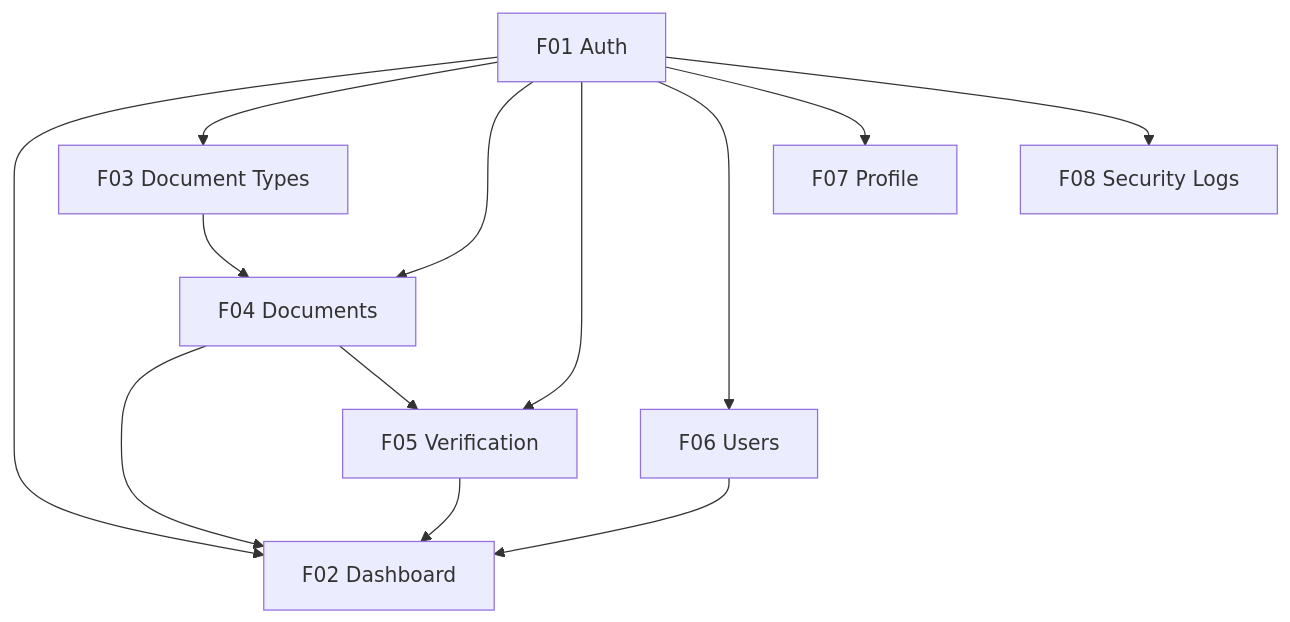
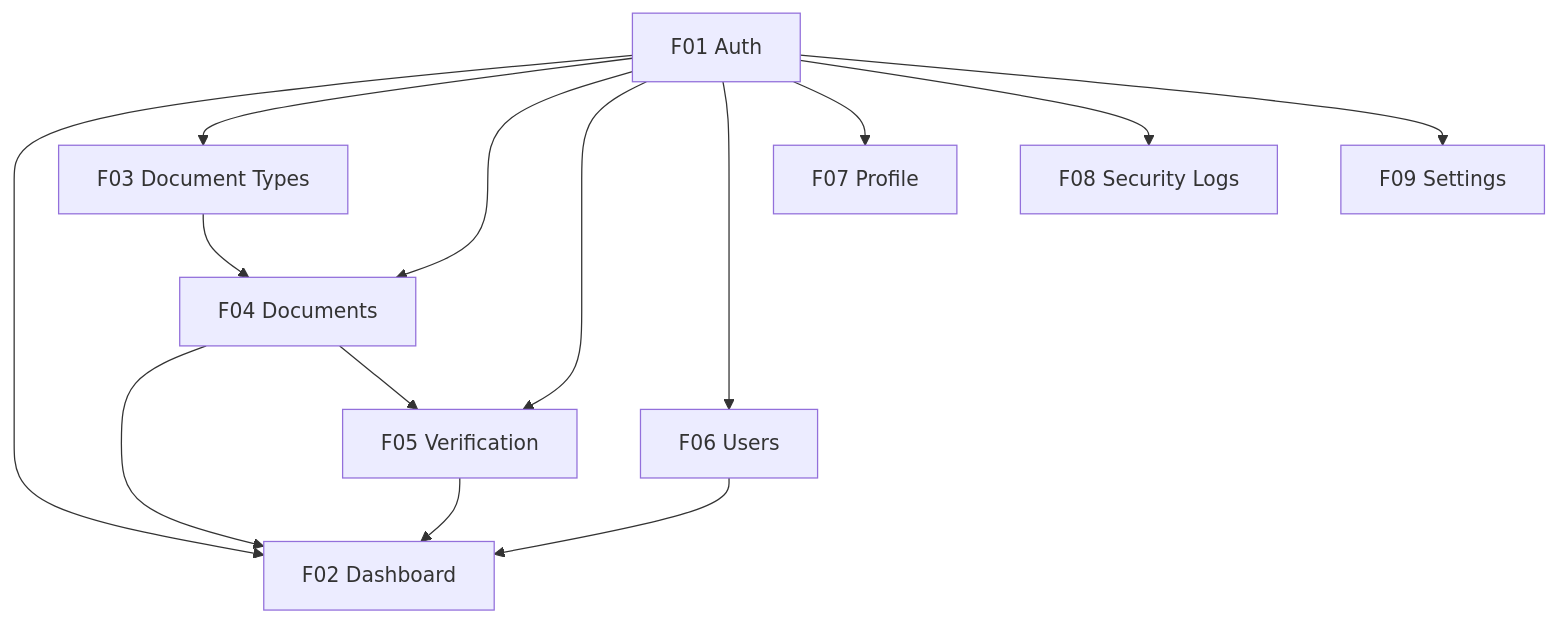
The diagram in docs/features.md (tumbalku/sdm_bahteramas), drawn with Mermaid before and after one commit. The commit also changed other lines of this file and 20 other files, not shown here.

````diff
--- a/docs/features.md
+++ b/docs/features.md
@@ -190,15 +190,16 @@
 ```mermaid
 graph TD
     F01[F01 Auth] --> F02[F02 Dashboard]
     F01 --> F03[F03 Document Types]
     F01 --> F04[F04 Documents]
     F01 --> F05[F05 Verification]
     F01 --> F06[F06 Users]
     F01 --> F07[F07 Profile]
     F01 --> F08[F08 Security Logs]
+    F01 --> F09[F09 Settings]
     F03 --> F04
     F04 --> F02
     F04 --> F05
     F06 --> F02
     F05 --> F02
 ```
````
